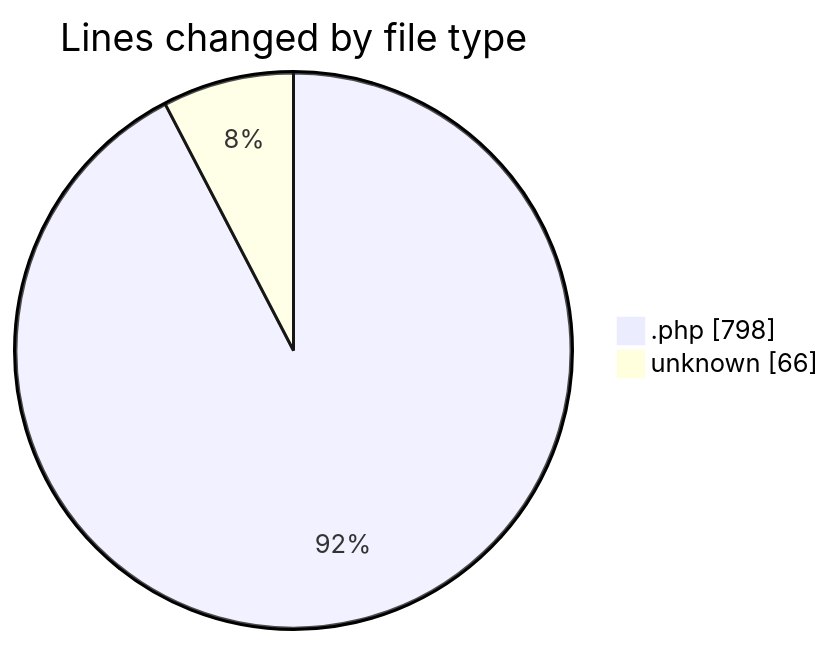
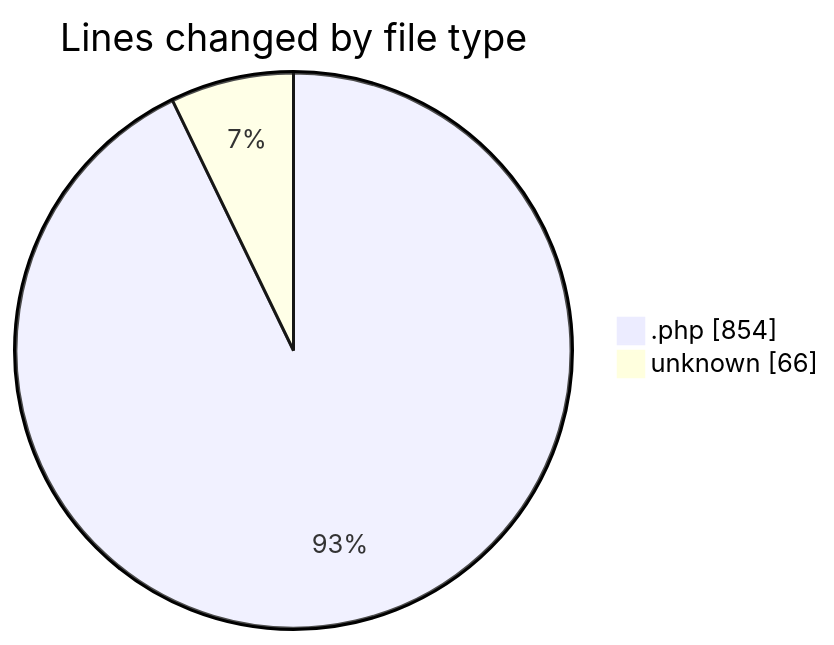
Before and after one commit to idhammustaqopulfikri/code-tracking: the first of 2 diagrams in 2025-10-05/lapangan-futsal/README.md, drawn with Mermaid. The commit also changed other lines of this file and 1 other file, not shown here.

````diff
--- a/2025-10-05/lapangan-futsal/README.md
+++ b/2025-10-05/lapangan-futsal/README.md
@@ -31,6 +33,6 @@
 ```mermaid
 pie showData
 title Lines changed by file type
-".php" : 798
+".php" : 854
 "unknown" : 66
 ```
````
